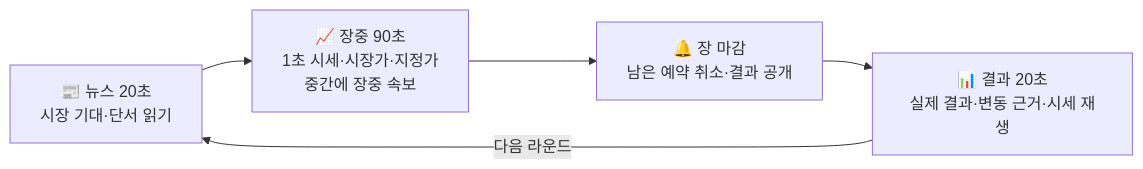
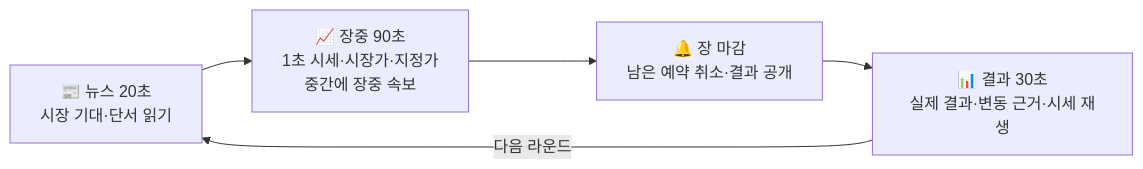
One commit to tkcjsrn1/tteoksang-game changed the diagram in README.md. Above: the diagram before and after it, drawn with Mermaid. The commit also changed other lines of this file and 4 other files, not shown here.

````diff
--- a/README.md
+++ b/README.md
@@ -35,7 +35,7 @@
 ```mermaid
 flowchart LR
   A["📰 뉴스 20초<br>시장 기대·단서 읽기"] --> B["📈 장중 90초<br>1초 시세·시장가·지정가<br>중간에 장중 속보"]
   B --> C["🔔 장 마감<br>남은 예약 취소·결과 공개"]
-  C --> D["📊 결과 20초<br>실제 결과·변동 근거·시세 재생"]
+  C --> D["📊 결과 30초<br>실제 결과·변동 근거·시세 재생"]
   D -->|다음 라운드| A
 ```
````
